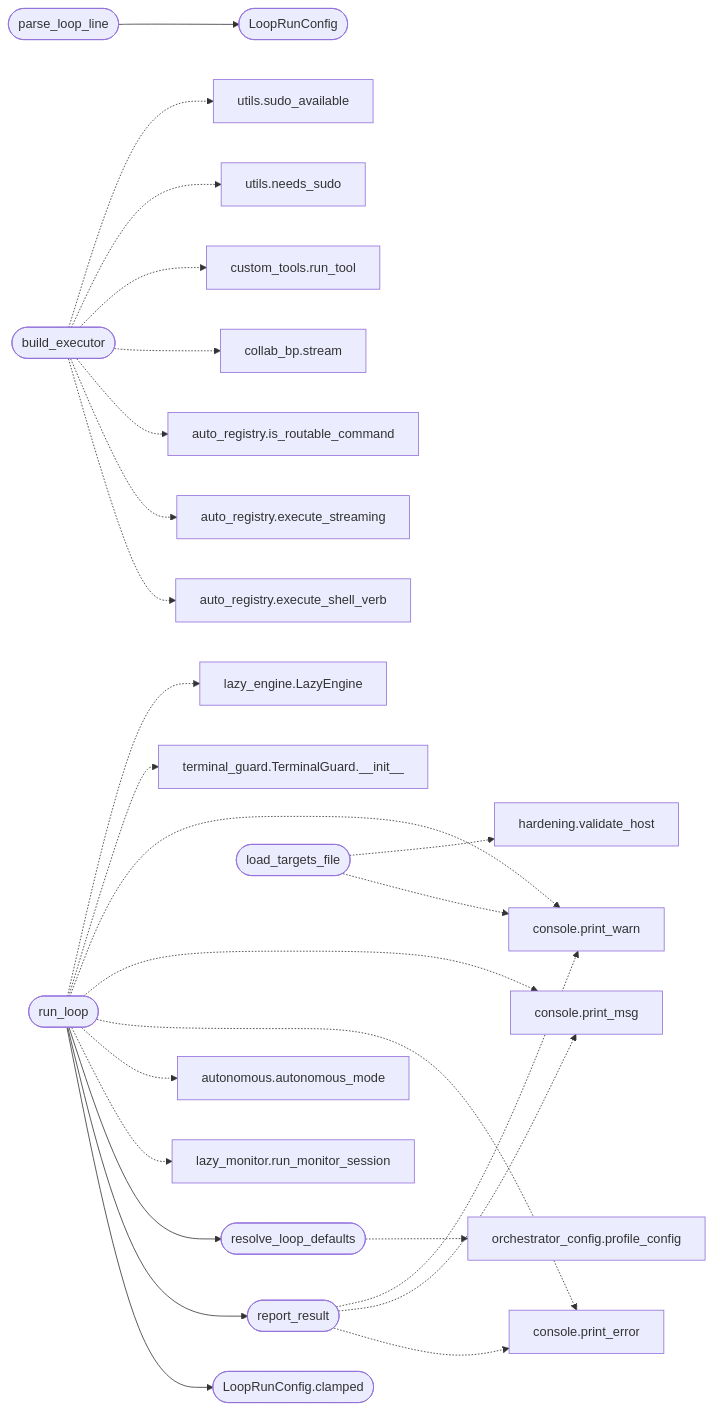
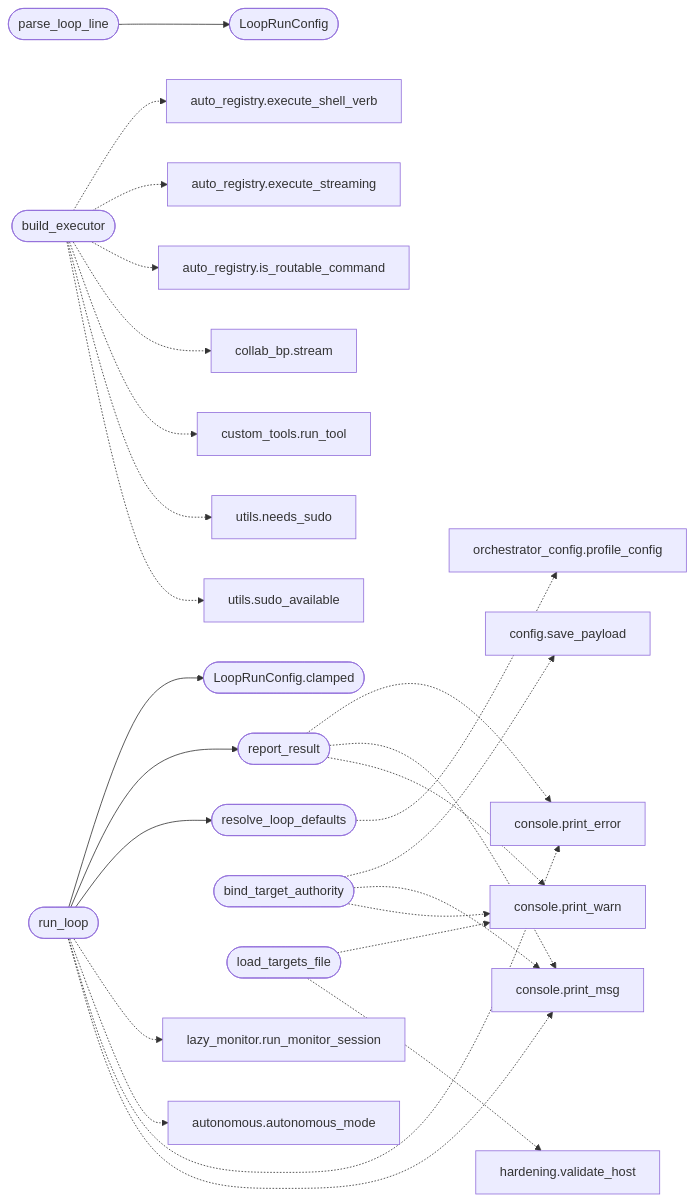
The diagram in readmenator-apidocs/modules/modules.lazy_runner.py.md (grisuno/LazyOwn), drawn with Mermaid before and after one commit. The commit also changed other lines of this file and 768 other files, not shown here.

````diff
--- a/readmenator-apidocs/modules/modules.lazy_runner.py.md
+++ b/readmenator-apidocs/modules/modules.lazy_runner.py.md
@@ -24,51 +24,51 @@
 ```mermaid
 flowchart LR
     n_modules_lazy_runner_py__parse_loop_line(["parse_loop_line"])
     n_modules_lazy_runner_py__LoopRunConfig(["LoopRunConfig"])
     n_modules_lazy_runner_py__run_loop(["run_loop"])
     n_modules_lazy_runner_py__LoopRunConfig_clamped(["LoopRunConfig.clamped"])
     n_modules_lazy_runner_py__report_result(["report_result"])
     n_modules_lazy_runner_py__resolve_loop_defaults(["resolve_loop_defaults"])
     n_modules_orchestrator_config_py__profile_config["orchestrator_config.profile_config"]
     n_modules_lazy_runner_py__build_executor(["build_executor"])
     n_modules_auto_registry_py__execute_shell_verb["auto_registry.execute_shell_verb"]
     n_modules_auto_registry_py__execute_streaming["auto_registry.execute_streaming"]
     n_modules_auto_registry_py__is_routable_command["auto_registry.is_routable_command"]
     n_modules_collab_bp_py__stream["collab_bp.stream"]
     n_modules_custom_tools_py__run_tool["custom_tools.run_tool"]
     n_utils_py__needs_sudo["utils.needs_sudo"]
     n_utils_py__sudo_available["utils.sudo_available"]
     n_core_console_py__print_error["console.print_error"]
     n_core_console_py__print_msg["console.print_msg"]
     n_core_console_py__print_warn["console.print_warn"]
+    n_modules_lazy_runner_py__bind_target_authority(["bind_target_authority"])
+    n_core_config_py__save_payload["config.save_payload"]
     n_modules_lazy_runner_py__load_targets_file(["load_targets_file"])
     n_core_hardening_py__validate_host["hardening.validate_host"]
     n_cli_lazy_monitor_py__run_monitor_session["lazy_monitor.run_monitor_session"]
     n_core_autonomous_py__autonomous_mode["autonomous.autonomous_mode"]
-    n_core_terminal_guard_py__TerminalGuard___init__["terminal_guard.TerminalGuard.__init__"]
-    n_modules_lazy_engine_py__LazyEngine["lazy_engine.LazyEngine"]
     n_modules_lazy_runner_py__parse_loop_line --> n_modules_lazy_runner_py__LoopRunConfig
     n_modules_lazy_runner_py__run_loop --> n_modules_lazy_runner_py__LoopRunConfig_clamped
     n_modules_lazy_runner_py__run_loop --> n_modules_lazy_runner_py__report_result
     n_modules_lazy_runner_py__run_loop --> n_modules_lazy_runner_py__resolve_loop_defaults
     n_modules_lazy_runner_py__resolve_loop_defaults -.-> n_modules_orchestrator_config_py__profile_config
     n_modules_lazy_runner_py__build_executor -.-> n_modules_auto_registry_py__execute_shell_verb
     n_modules_lazy_runner_py__build_executor -.-> n_modules_auto_registry_py__execute_streaming
     n_modules_lazy_runner_py__build_executor -.-> n_modules_auto_registry_py__is_routable_command
     n_modules_lazy_runner_py__build_executor -.-> n_modules_collab_bp_py__stream
     n_modules_lazy_runner_py__build_executor -.-> n_modules_custom_tools_py__run_tool
     n_modules_lazy_runner_py__build_executor -.-> n_utils_py__needs_sudo
     n_modules_lazy_runner_py__build_executor -.-> n_utils_py__sudo_available
     n_modules_lazy_runner_py__report_result -.-> n_core_console_py__print_error
     n_modules_lazy_runner_py__report_result -.-> n_core_console_py__print_msg
     n_modules_lazy_runner_py__report_result -.-> n_core_console_py__print_warn
+    n_modules_lazy_runner_py__bind_target_authority -.-> n_core_config_py__save_payload
+    n_modules_lazy_runner_py__bind_target_authority -.-> n_core_console_py__print_msg
+    n_modules_lazy_runner_py__bind_target_authority -.-> n_core_console_py__print_warn
     n_modules_lazy_runner_py__load_targets_file -.-> n_core_console_py__print_warn
     n_modules_lazy_runner_py__load_targets_file -.-> n_core_hardening_py__validate_host
     n_modules_lazy_runner_py__run_loop -.-> n_cli_lazy_monitor_py__run_monitor_session
     n_modules_lazy_runner_py__run_loop -.-> n_core_autonomous_py__autonomous_mode
     n_modules_lazy_runner_py__run_loop -.-> n_core_console_py__print_error
     n_modules_lazy_runner_py__run_loop -.-> n_core_console_py__print_msg
-    n_modules_lazy_runner_py__run_loop -.-> n_core_console_py__print_warn
-    n_modules_lazy_runner_py__run_loop -.-> n_core_terminal_guard_py__TerminalGuard___init__
-    n_modules_lazy_runner_py__run_loop -.-> n_modules_lazy_engine_py__LazyEngine
 ```
````
